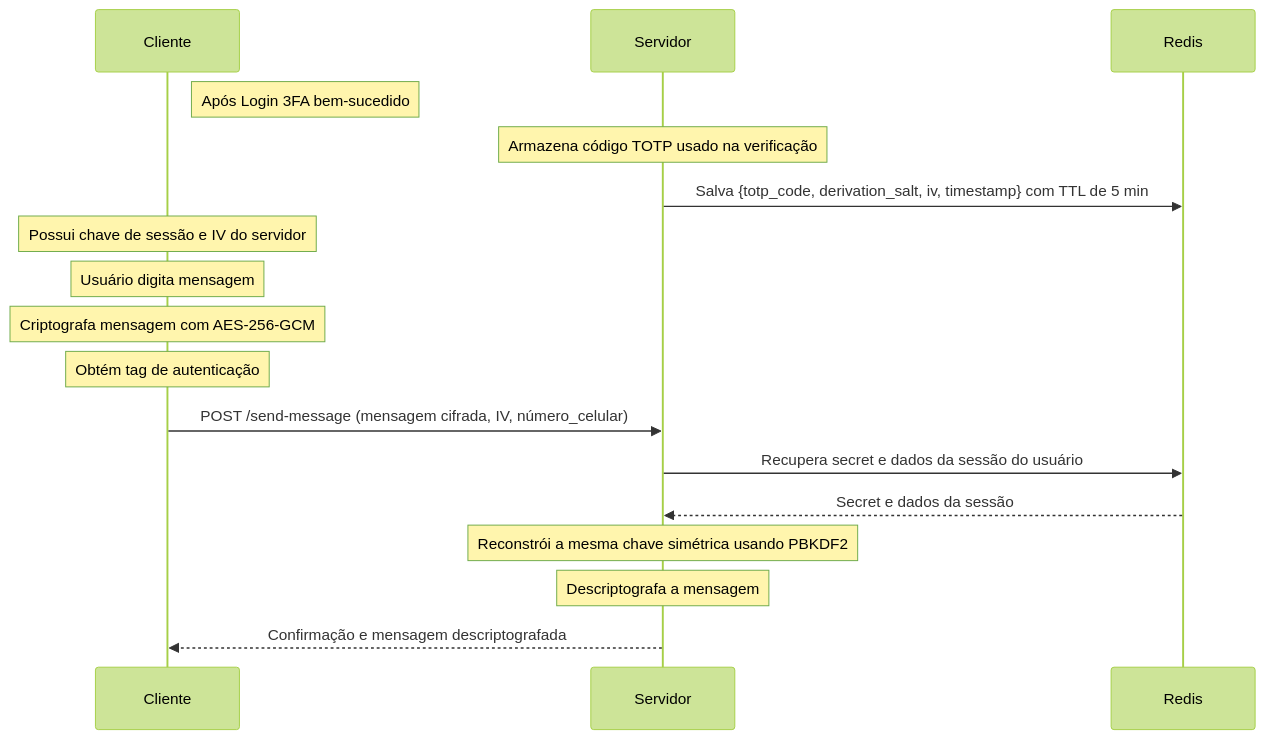
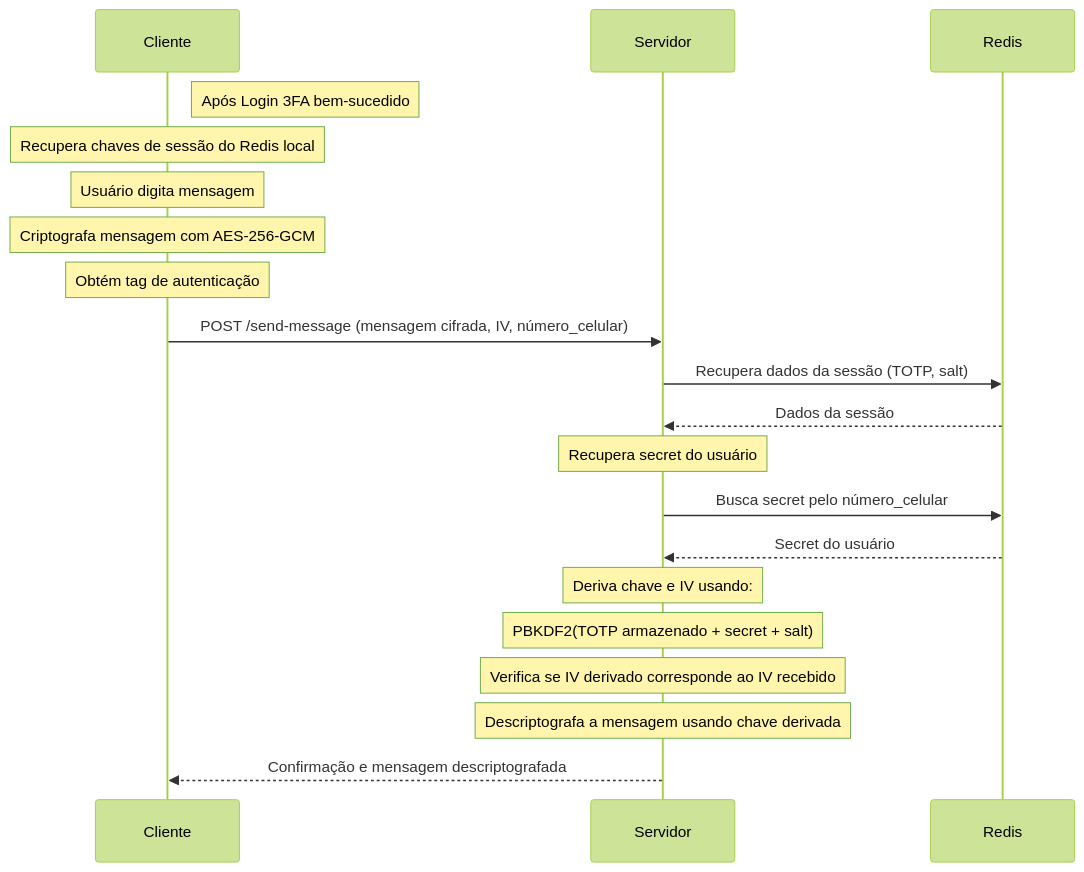
The third of 3 diagrams in README.md (lgahdl/3fa-server-and-client), drawn with Mermaid (forest theme) before and after one commit. The commit also changed other lines of this file and 3 other files, not shown here.

````diff
--- a/README.md
+++ b/README.md
@@ -242,27 +248,32 @@
 ```mermaid
 sequenceDiagram
     participant Cliente
     participant Servidor
     participant Redis
 
     Note right of Cliente: Após Login 3FA bem-sucedido
 
-    Note over Servidor: Armazena código TOTP usado na verificação
-    Servidor->>Redis: Salva {totp_code, derivation_salt, iv, timestamp} com TTL de 5 min
-    
-    Note over Cliente: Possui chave de sessão e IV do servidor
+    Note over Cliente: Recupera chaves de sessão do Redis local
     Note over Cliente: Usuário digita mensagem
     
     Note over Cliente: Criptografa mensagem com AES-256-GCM
     Note over Cliente: Obtém tag de autenticação
     
     Cliente->>Servidor: POST /send-message (mensagem cifrada, IV, número_celular)
     
-    Servidor->>Redis: Recupera secret e dados da sessão do usuário
-    Redis-->>Servidor: Secret e dados da sessão
+    Servidor->>Redis: Recupera dados da sessão (TOTP, salt)
+    Redis-->>Servidor: Dados da sessão
     
-    Note over Servidor: Reconstrói a mesma chave simétrica usando PBKDF2
-    Note over Servidor: Descriptografa a mensagem
+    Note over Servidor: Recupera secret do usuário
+    Servidor->>Redis: Busca secret pelo número_celular
+    Redis-->>Servidor: Secret do usuário
+    
+    Note over Servidor: Deriva chave e IV usando:
+    Note over Servidor: PBKDF2(TOTP armazenado + secret + salt)
+    
+    Note over Servidor: Verifica se IV derivado corresponde ao IV recebido
+    
+    Note over Servidor: Descriptografa a mensagem usando chave derivada
     
     Servidor-->>Cliente: Confirmação e mensagem descriptografada
 ``` 
````
